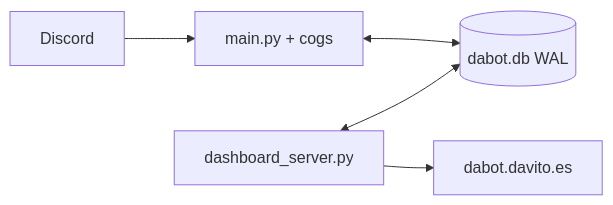
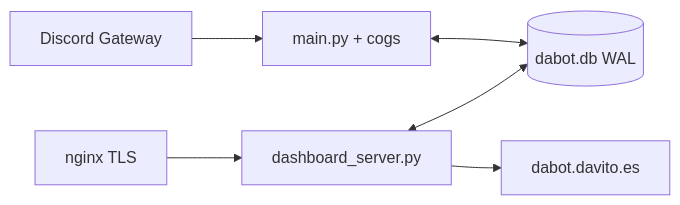
Before and after one commit to davito-03/dabot: the diagram in docs/ARCHITECTURE.md, drawn with Mermaid. The commit also changed other lines of this file and 4 other files, not shown here.

````diff
--- a/docs/ARCHITECTURE.md
+++ b/docs/ARCHITECTURE.md
@@ -5,7 +5,8 @@
 ```mermaid
 flowchart LR
-  Discord --> Bot[main.py + cogs]
+  Discord[Discord Gateway] --> Bot[main.py + cogs]
   Bot <--> DB[(dabot.db WAL)]
   API[dashboard_server.py] <--> DB
   API --> Site[dabot.davito.es]
+  Nginx[nginx TLS] --> API
 ```
````
